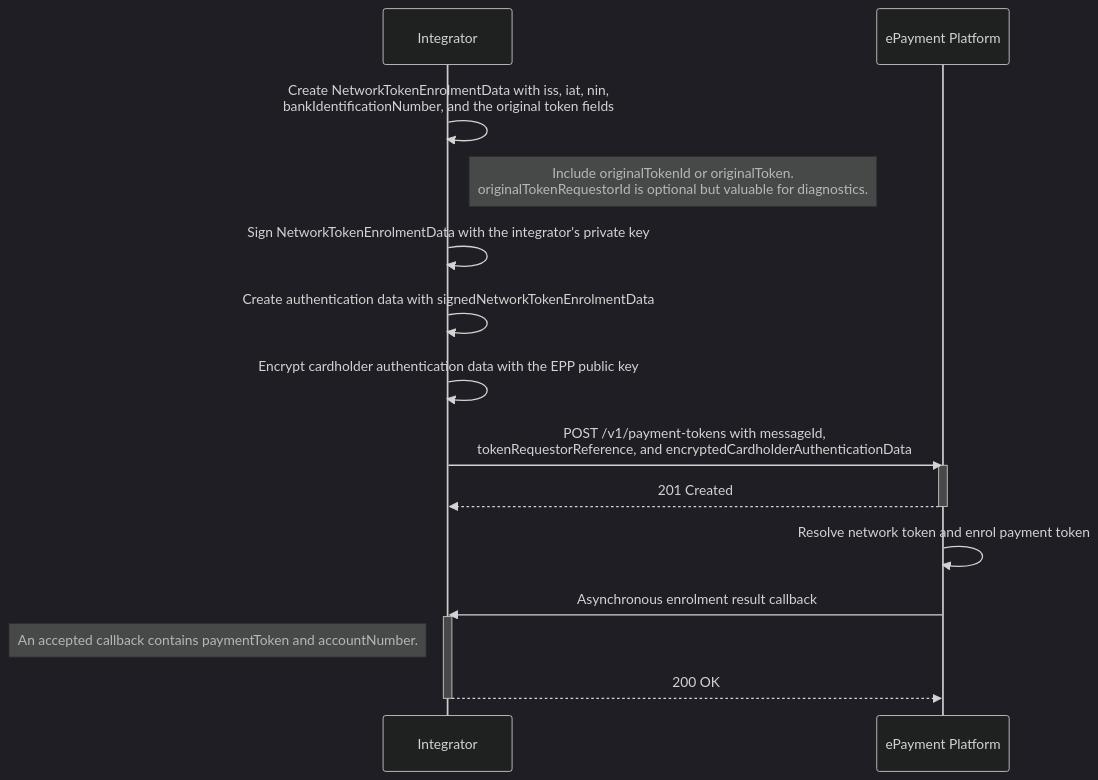
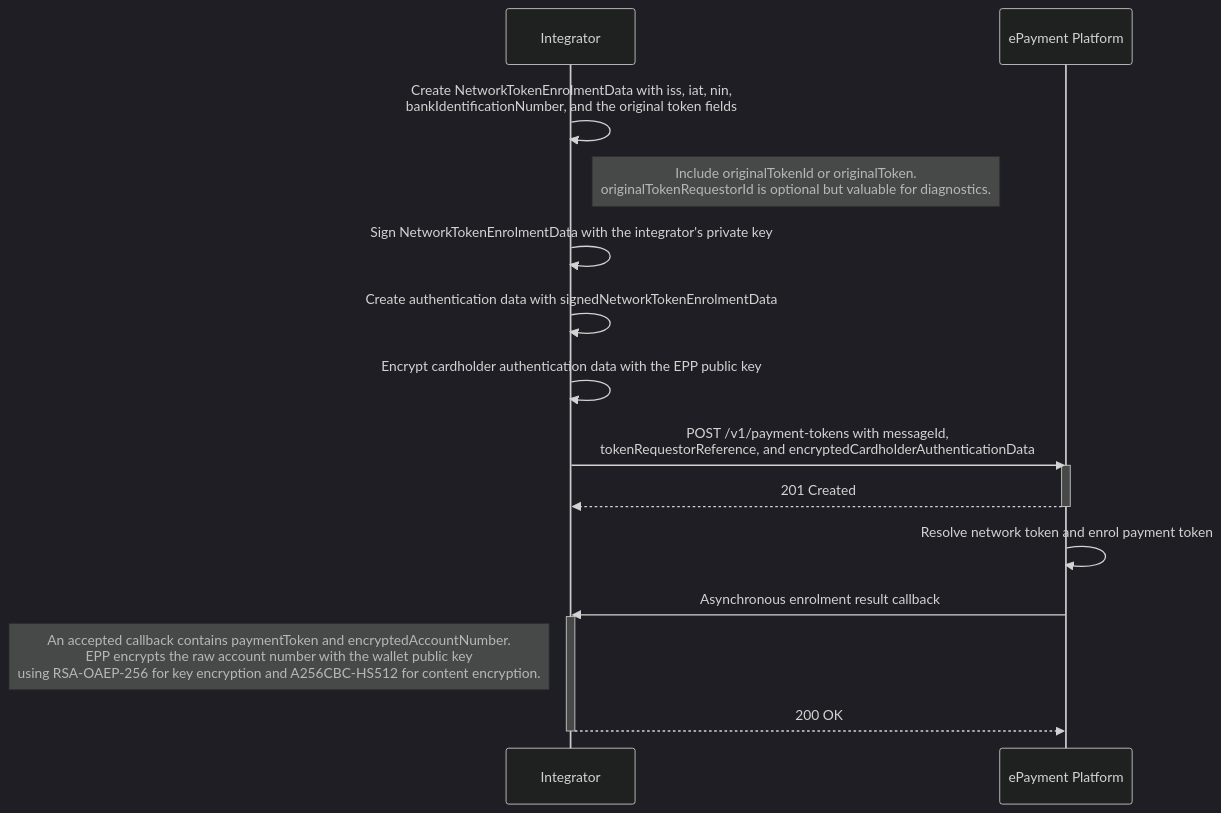
One commit to BankAxept/bankaxept-epayment-development-kit changed the second of 3 diagrams in docs/enrolment_and_payment.md. Above: the diagram before and after it, drawn with Mermaid (dark theme). The commit also changed other lines of this file and 2 other files, not shown here.

First line of the commit message:
feat(enrolment): encrypt callback account number

````diff
--- a/docs/enrolment_and_payment.md
+++ b/docs/enrolment_and_payment.md
@@ -103,21 +106,21 @@
 ```mermaid
 sequenceDiagram
     participant Integrator
     participant EPP as ePayment Platform
 
     Integrator ->> Integrator: Create NetworkTokenEnrolmentData with iss, iat, nin,<br/>bankIdentificationNumber, and the original token fields
     note right of Integrator: Include originalTokenId or originalToken.<br/>originalTokenRequestorId is optional but valuable for diagnostics.
     Integrator ->> Integrator: Sign NetworkTokenEnrolmentData with the integrator's private key
     Integrator ->> Integrator: Create authentication data with signedNetworkTokenEnrolmentData
     Integrator ->> Integrator: Encrypt cardholder authentication data with the EPP public key
     Integrator ->> EPP: POST /v1/payment-tokens with messageId,<br/>tokenRequestorReference, and encryptedCardholderAuthenticationData
     activate EPP
     EPP -->> Integrator: 201 Created
     deactivate EPP
     EPP ->> EPP: Resolve network token and enrol payment token
     EPP ->> Integrator: Asynchronous enrolment result callback
     activate Integrator
-    note left of Integrator: An accepted callback contains paymentToken and accountNumber.
+    note left of Integrator: An accepted callback contains paymentToken and encryptedAccountNumber.<br/>EPP encrypts the raw account number with the wallet public key<br/>using RSA-OAEP-256 for key encryption and A256CBC-HS512 for content encryption.
     Integrator -->> EPP: 200 OK
     deactivate Integrator
 ```
````
